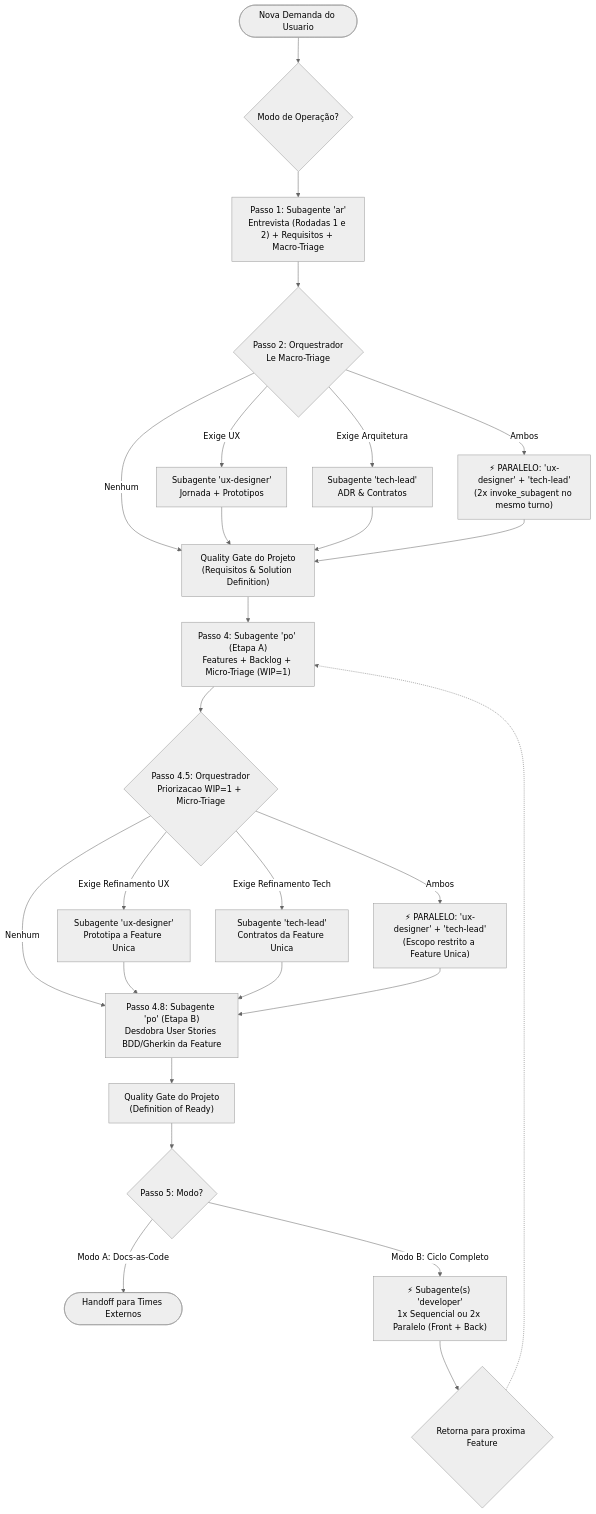
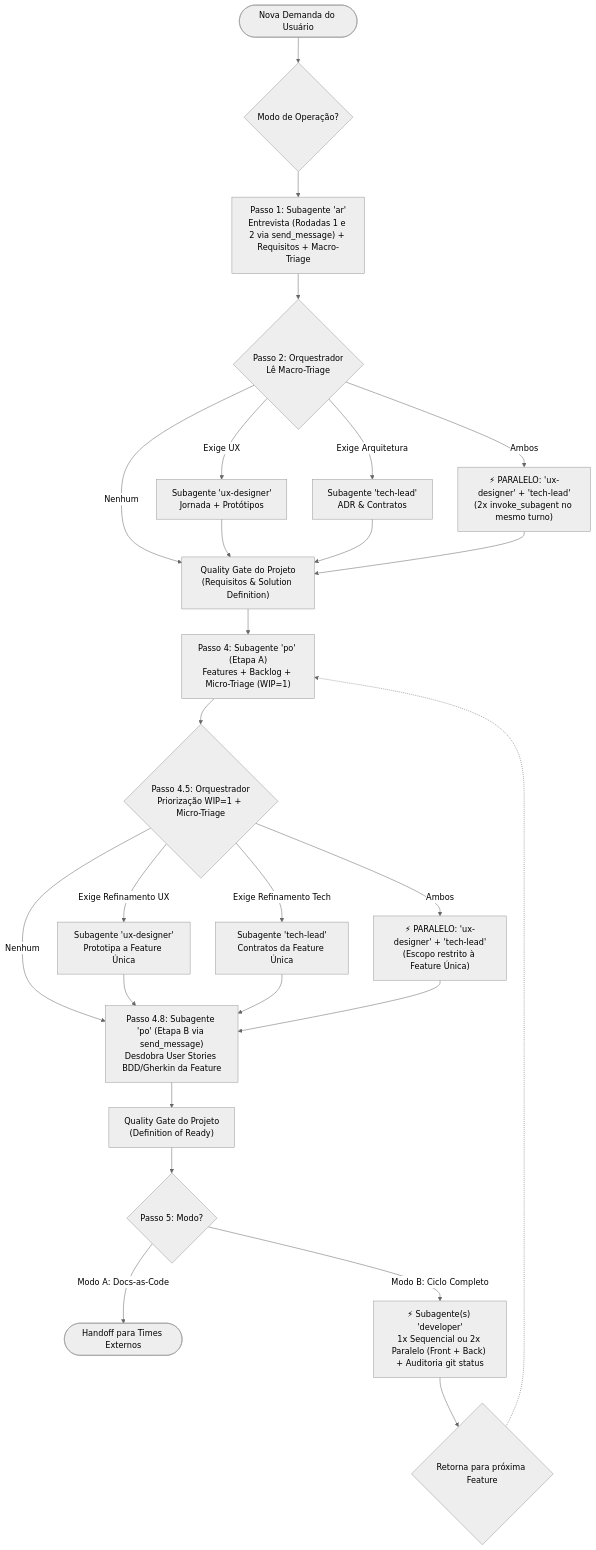
The diagram in skills/dev-team/SKILL.md (renatorlemos-gif/dev-team), drawn with Mermaid (neutral theme) before and after one commit. The commit also changed other lines of this file and 9 other files, not shown here.

Commit message:
refactor(v2.0.1): single source of truth via skills, [So via /dev-team] guard, inheritMcp false, lockfile & git status audit

````diff
--- a/skills/dev-team/SKILL.md
+++ b/skills/dev-team/SKILL.md
@@ -65,40 +67,40 @@
 ```mermaid
 graph TD
-    Demanda([Nova Demanda do Usuario]) --> MODO{Modo de Operação?}
+    Demanda([Nova Demanda do Usuário]) --> MODO{Modo de Operação?}
 
-    MODO --> AR["Passo 1: Subagente 'ar'<br/>Entrevista (Rodadas 1 e 2) + Requisitos + Macro-Triage"]
+    MODO --> AR["Passo 1: Subagente 'ar'<br/>Entrevista (Rodadas 1 e 2 via send_message) + Requisitos + Macro-Triage"]
 
-    AR --> Triage{"Passo 2: Orquestrador<br/>Le Macro-Triage"}
+    AR --> Triage{"Passo 2: Orquestrador<br/>Lê Macro-Triage"}
 
-    Triage -->|"Exige UX"| UX["Subagente 'ux-designer'<br/>Jornada + Prototipos"]
+    Triage -->|"Exige UX"| UX["Subagente 'ux-designer'<br/>Jornada + Protótipos"]
     Triage -->|"Exige Arquitetura"| ARCH["Subagente 'tech-lead'<br/>ADR & Contratos"]
     Triage -->|"Ambos"| BOTH["⚡ PARALELO: 'ux-designer' + 'tech-lead'<br/>(2x invoke_subagent no mesmo turno)"]
     Triage -->|"Nenhum"| APPROVE["Quality Gate do Projeto<br/>(Requisitos & Solution Definition)"]
 
     UX --> APPROVE
     ARCH --> APPROVE
     BOTH --> APPROVE
 
     APPROVE --> PO_FEAT["Passo 4: Subagente 'po' (Etapa A)<br/>Features + Backlog + Micro-Triage (WIP=1)"]
 
-    PO_FEAT --> MicroTriage{"Passo 4.5: Orquestrador<br/>Priorizacao WIP=1 + Micro-Triage"}
+    PO_FEAT --> MicroTriage{"Passo 4.5: Orquestrador<br/>Priorização WIP=1 + Micro-Triage"}
 
-    MicroTriage -->|"Exige Refinamento UX"| UX_Feat["Subagente 'ux-designer'<br/>Prototipa a Feature Unica"]
-    MicroTriage -->|"Exige Refinamento Tech"| ARCH_Feat["Subagente 'tech-lead'<br/>Contratos da Feature Unica"]
-    MicroTriage -->|"Ambos"| BOTH_Feat["⚡ PARALELO: 'ux-designer' + 'tech-lead'<br/>(Escopo restrito a Feature Unica)"]
-    MicroTriage -->|"Nenhum"| PO_US["Passo 4.8: Subagente 'po' (Etapa B)<br/>Desdobra User Stories BDD/Gherkin da Feature"]
+    MicroTriage -->|"Exige Refinamento UX"| UX_Feat["Subagente 'ux-designer'<br/>Prototipa a Feature Única"]
+    MicroTriage -->|"Exige Refinamento Tech"| ARCH_Feat["Subagente 'tech-lead'<br/>Contratos da Feature Única"]
+    MicroTriage -->|"Ambos"| BOTH_Feat["⚡ PARALELO: 'ux-designer' + 'tech-lead'<br/>(Escopo restrito à Feature Única)"]
+    MicroTriage -->|"Nenhum"| PO_US["Passo 4.8: Subagente 'po' (Etapa B via send_message)<br/>Desdobra User Stories BDD/Gherkin da Feature"]
 
     UX_Feat --> PO_US
     ARCH_Feat --> PO_US
     BOTH_Feat --> PO_US
 
     PO_US --> READY["Quality Gate do Projeto<br/>(Definition of Ready)"]
 
     READY --> DEV{"Passo 5: Modo?"}
 
     DEV -->|"Modo A: Docs-as-Code"| HANDOFF([Handoff para Times Externos])
-    DEV -->|"Modo B: Ciclo Completo"| DEVELOPER["⚡ Subagente(s) 'developer'<br/>1x Sequencial ou 2x Paralelo (Front + Back)"]
+    DEV -->|"Modo B: Ciclo Completo"| DEVELOPER["⚡ Subagente(s) 'developer'<br/>1x Sequencial ou 2x Paralelo (Front + Back) + Auditoria git status"]
 
-    DEVELOPER --> LOOP_FEATURE{"Retorna para proxima Feature"}
+    DEVELOPER --> LOOP_FEATURE{"Retorna para próxima Feature"}
     LOOP_FEATURE -.-> PO_FEAT
 ```
````
